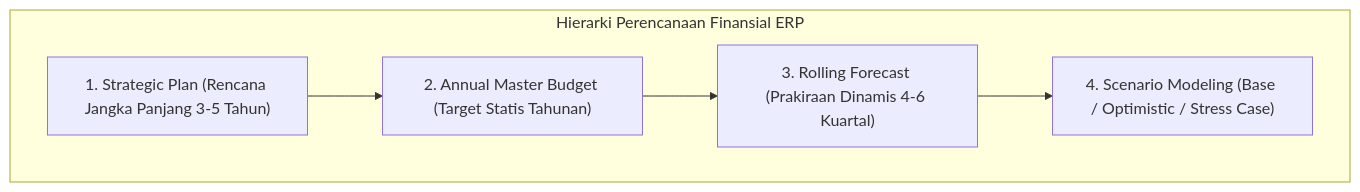
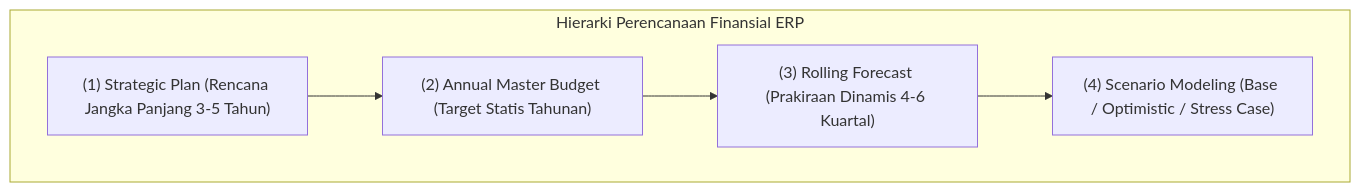
Before and after one commit to alimurrofid/erp-notes: the first of 3 diagrams in content/07-finance/financial-planning.md, drawn with Mermaid. The commit also changed 132 other files, not shown here.

````diff
--- a/content/07-finance/financial-planning.md
+++ b/content/07-finance/financial-planning.md
@@ -16,12 +16,12 @@
 ```mermaid
 graph TD
     subgraph PlanningHierarchy["Hierarki Perencanaan Finansial ERP"]
-        Strat["1. Strategic Plan (Rencana Jangka Panjang 3-5 Tahun)"]
-        Budget["2. Annual Master Budget (Target Statis Tahunan)"]
-        Roll["3. Rolling Forecast (Prakiraan Dinamis 4-6 Kuartal)"]
-        WhatIf["4. Scenario Modeling (Base / Optimistic / Stress Case)"]
+        Strat["(1) Strategic Plan (Rencana Jangka Panjang 3-5 Tahun)"]
+        Budget["(2) Annual Master Budget (Target Statis Tahunan)"]
+        Roll["(3) Rolling Forecast (Prakiraan Dinamis 4-6 Kuartal)"]
+        WhatIf["(4) Scenario Modeling (Base / Optimistic / Stress Case)"]
     end
     Strat --> Budget
     Budget --> Roll
     Roll --> WhatIf
 ```
````
